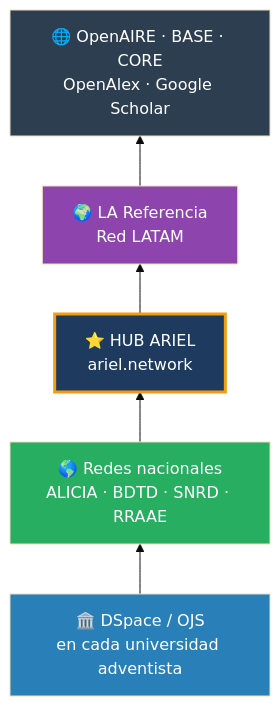
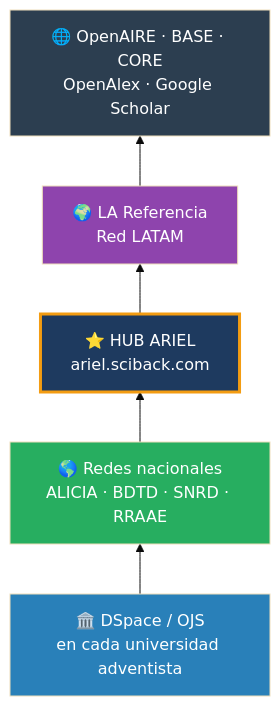
One commit to UPeU-Infra/guia changed the second of 3 diagrams in docs/index.md. Above: the diagram before and after it, drawn with Mermaid (base theme). The commit also changed 8 other files, not shown here.

Commit message:
fix: dominio cambiado a ariel.sciback.com en toda la documentación

````diff
--- a/docs/index.md
+++ b/docs/index.md
@@ -52,13 +52,13 @@
 ```mermaid
 graph BT
     A["🏛️ DSpace / OJS\nen cada universidad adventista"] --> B["🌎 Redes nacionales\nALICIA · BDTD · SNRD · RRAAE"]
-    B --> C["⭐ HUB ARIEL\nariel.network"]
+    B --> C["⭐ HUB ARIEL\nariel.sciback.com"]
     C --> D["🌍 LA Referencia\nRed LATAM"]
     D --> E["🌐 OpenAIRE · BASE · CORE\nOpenAlex · Google Scholar"]
 
     style C fill:#1e3a5f,color:#fff,stroke:#f39c12,stroke-width:3px
     style A fill:#2980b9,color:#fff
     style B fill:#27ae60,color:#fff
     style D fill:#8e44ad,color:#fff
     style E fill:#2c3e50,color:#fff
 ```
````
